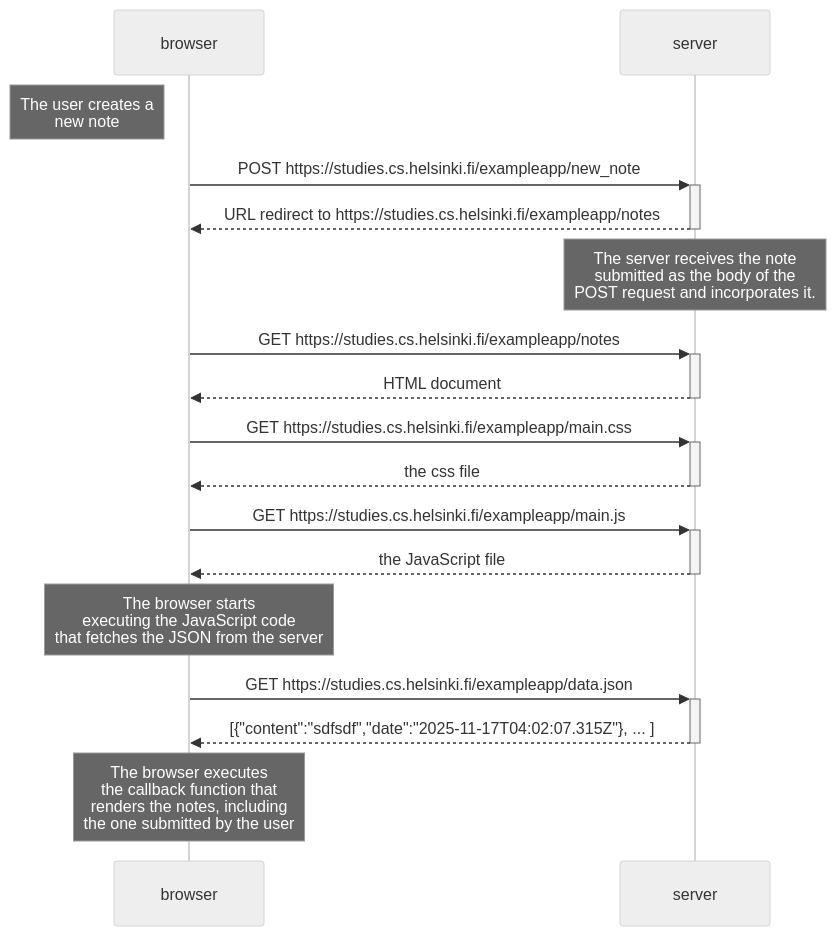
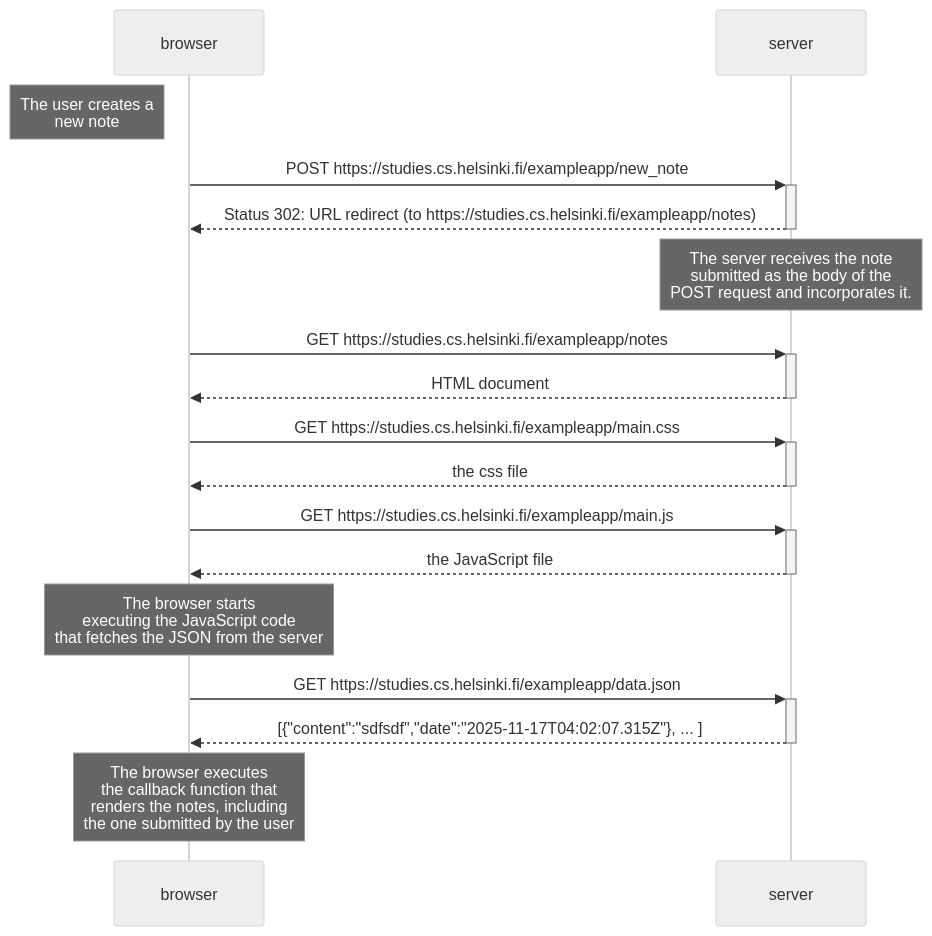
The diagram in part0/0.4-new_note_diagram.md (rafle/fullstackopen), drawn with Mermaid (neutral theme) before and after one commit. The commit also changed other lines of this file, not shown here.

Commit message:
0.4: Small improvements

````diff
--- a/part0/0.4-new_note_diagram.md
+++ b/part0/0.4-new_note_diagram.md
@@ -3,28 +3,28 @@
 ```mermaid
 sequenceDiagram
     participant browser
     participant server
 
     note left of browser: The user creates a <br/> new note
 
     browser->>+server: POST https://studies.cs.helsinki.fi/exampleapp/new_note
-    server-->>-browser: URL redirect to https://studies.cs.helsinki.fi/exampleapp/notes
+    server-->>-browser: Status 302: URL redirect (to https://studies.cs.helsinki.fi/exampleapp/notes)
 
     note over server: The server receives the note <br/> submitted as the body of the <br/> POST request and incorporates it.
 
     browser->>+server: GET https://studies.cs.helsinki.fi/exampleapp/notes
     server-->>-browser: HTML document
 
     browser->>+server: GET https://studies.cs.helsinki.fi/exampleapp/main.css
     server-->>-browser: the css file
 
     browser->>+server: GET https://studies.cs.helsinki.fi/exampleapp/main.js
     server-->>-browser: the JavaScript file
 
     note over browser: The browser starts <br/> executing the JavaScript code <br/> that fetches the JSON from the server
 
     browser->>+server: GET https://studies.cs.helsinki.fi/exampleapp/data.json
-    server-->>-browser: [{"content":"sdfsdf","date":"2025-11-17T04:02:07.315Z"}, ... ]
+    server-->>-browser: [{"content":"sdfsdf","date":"2025-11-17T04:02:07.315Z"}, ... ]   
 
     note over browser: The browser executes <br/> the callback function that <br/> renders the notes, including <br/> the one submitted by the user
 ```
````
